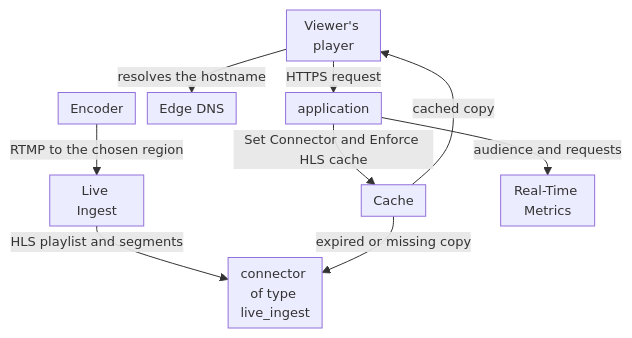
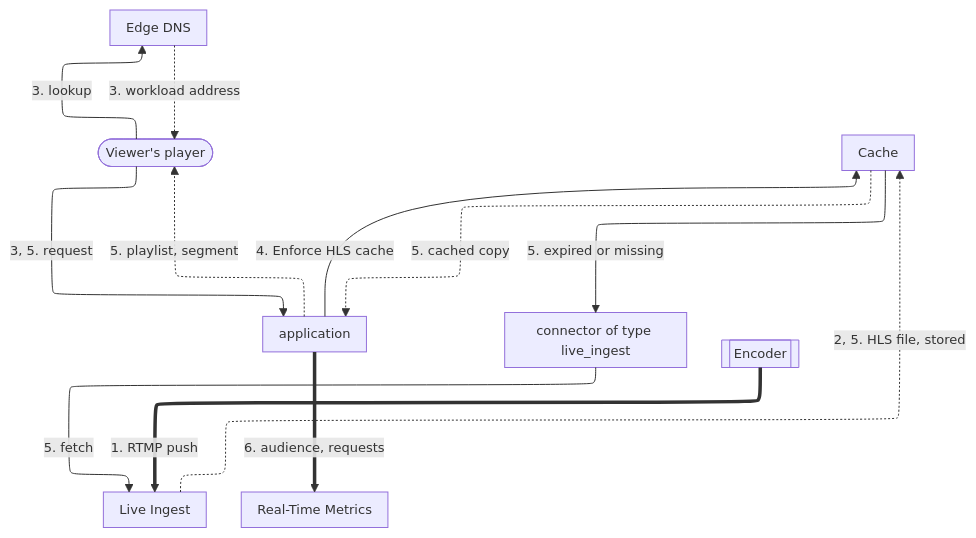
One commit to aziontech/docs changed the first of 2 diagrams in apps/docs/src/content/docs/en/pages/use-cases/deliver-media-and-streaming/stream-live-events-to-large-audiences.mdx. Above: the diagram before and after it, drawn with Mermaid. The commit also changed other lines of this file and 55 other files, not shown here.

Commit message:
docs(use-cases): redraw the use-case diagrams with the way back and check their claims (#2509)

````diff
--- a/apps/docs/src/content/docs/en/pages/use-cases/deliver-media-and-streaming/stream-live-events-to-large-audiences.mdx
+++ b/apps/docs/src/content/docs/en/pages/use-cases/deliver-media-and-streaming/stream-live-events-to-large-audiences.mdx
@@ -41,12 +43,23 @@
 ```mermaid
-%%{init: {"layout": "dagre", "themeVariables": {"fontSize": "13px"}, "flowchart": {"nodeSpacing": 12, "rankSpacing": 12, "padding": 6, "wrappingWidth": 70, "minNodeWidth": 40, "useMaxWidth": true}}}%%
+%%{init: {"layout": "elk", "elk": {"preset": "modelOrder", "keepEntryNodeOnTop": true}, "themeVariables": {"fontSize": "13px"}, "flowchart": {"nodeSpacing": 24, "rankSpacing": 36, "padding": 8, "wrappingWidth": 150, "useMaxWidth": true}, "sequence": {"width": 120, "actorMargin": 30, "useMaxWidth": true}}}%%
 flowchart TD
-  Encoder["Encoder"] -->|"RTMP to the chosen region"| LI["Live Ingest"]
-  LI -->|"HLS playlist and segments"| Connector["connector of type live_ingest"]
-  Viewer["Viewer's player"] -->|"resolves the hostname"| DNS["Edge DNS"]
-  Viewer -->|"HTTPS request"| App["application"]
-  App -->|"Set Connector and Enforce HLS cache"| Cache["Cache"]
-  Cache -->|"expired or missing copy"| Connector
-  Cache -->|"cached copy"| Viewer
-  App -->|"audience and requests"| RTM["Real-Time Metrics"]
+  Viewer(["Viewer's player"])
+  DNS["Edge DNS"]
+  App["application"]
+  Cache["Cache"]
+  Connector["connector of type live_ingest"]
+  LI["Live Ingest"]
+  Encoder[["Encoder"]]
+  RTM["Real-Time Metrics"]
+  Viewer -->|"3. lookup"| DNS
+  Viewer -->|"3, 5. request"| App
+  App -->|"4. Enforce HLS cache"| Cache
+  Cache -->|"5. expired or missing"| Connector
+  Connector -->|"5. fetch"| LI
+  DNS -.->|"3. workload address"| Viewer
+  LI -.->|"2, 5. HLS file, stored"| Cache
+  Cache -.->|"5. cached copy"| App
+  App -.->|"5. playlist, segment"| Viewer
+  Encoder ==>|"1. RTMP push"| LI
+  App ==>|"6. audience, requests"| RTM
 ```
````
